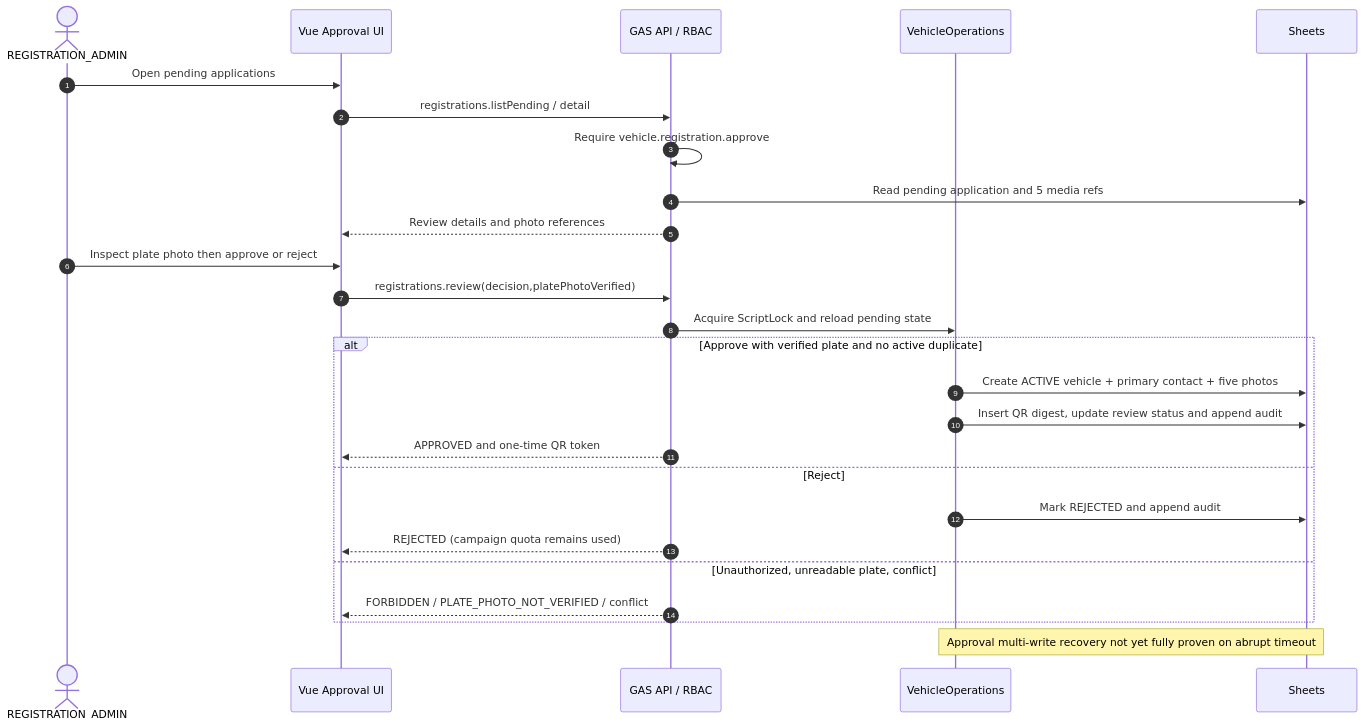
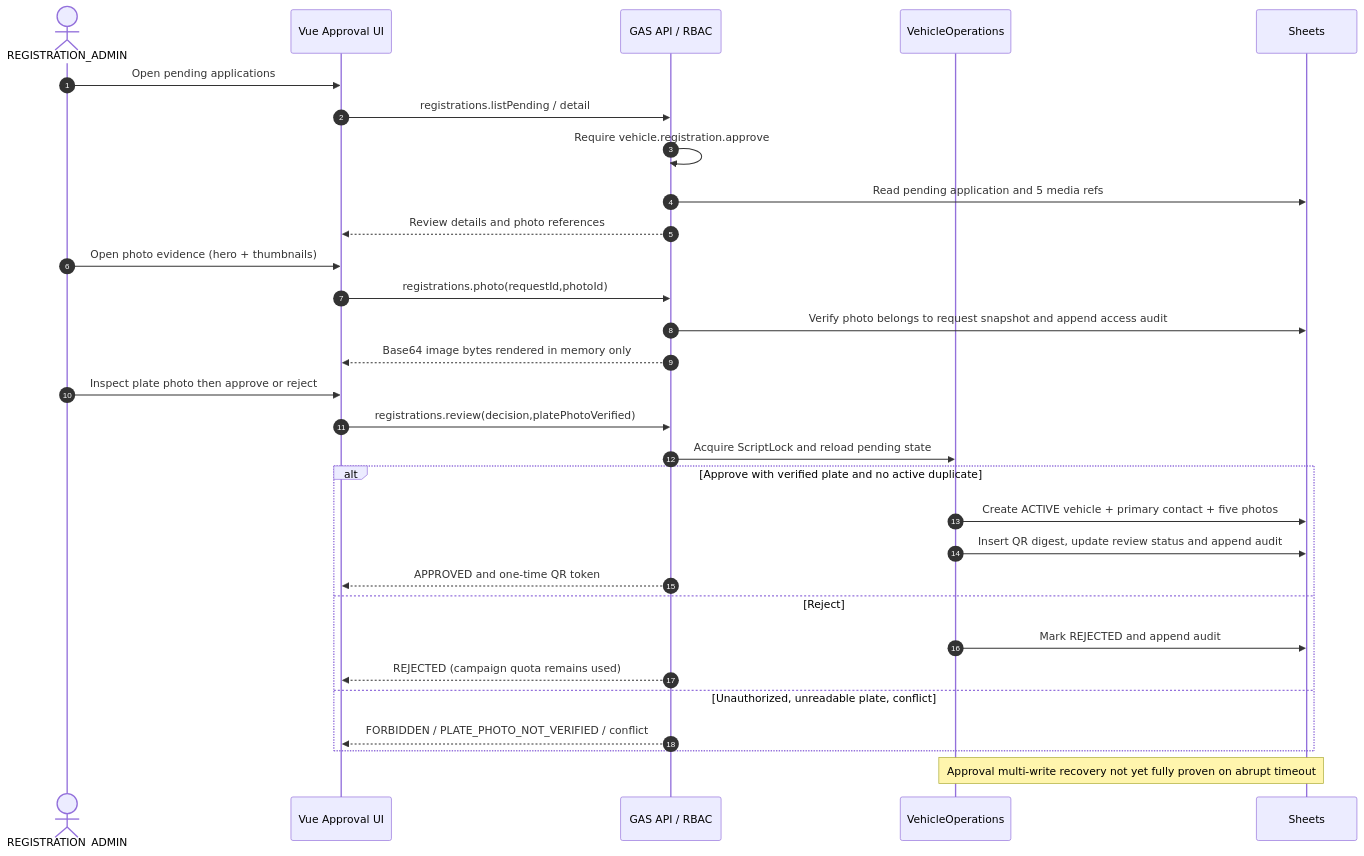
The diagram in apps/vehicle-contact/docs/use-cases/UC-REG-02/sequence.mmd (idev006/MT-Agency-Super-App-Framework), drawn with Mermaid before and after one commit. The commit also changed 34 other files, not shown here.

First line of the commit message:
feat(p6vc): reviewer photo gallery via gated registrations.photo (0.8.0)

```diff
--- a/apps/vehicle-contact/docs/use-cases/UC-REG-02/sequence.mmd
+++ b/apps/vehicle-contact/docs/use-cases/UC-REG-02/sequence.mmd
@@ -1,26 +1,30 @@
 sequenceDiagram
   autonumber
   actor Admin as REGISTRATION_ADMIN
   participant FE as Vue Approval UI
   participant API as GAS API / RBAC
   participant Review as VehicleOperations
   participant DB as Sheets
   Admin->>FE: Open pending applications
   FE->>API: registrations.listPending / detail
   API->>API: Require vehicle.registration.approve
   API->>DB: Read pending application and 5 media refs
   API-->>FE: Review details and photo references
+  Admin->>FE: Open photo evidence (hero + thumbnails)
+  FE->>API: registrations.photo(requestId,photoId)
+  API->>DB: Verify photo belongs to request snapshot and append access audit
+  API-->>FE: Base64 image bytes rendered in memory only
   Admin->>FE: Inspect plate photo then approve or reject
   FE->>API: registrations.review(decision,platePhotoVerified)
   API->>Review: Acquire ScriptLock and reload pending state
   alt Approve with verified plate and no active duplicate
     Review->>DB: Create ACTIVE vehicle + primary contact + five photos
     Review->>DB: Insert QR digest, update review status and append audit
     API-->>FE: APPROVED and one-time QR token
   else Reject
     Review->>DB: Mark REJECTED and append audit
     API-->>FE: REJECTED (campaign quota remains used)
   else Unauthorized, unreadable plate, conflict
     API-->>FE: FORBIDDEN / PLATE_PHOTO_NOT_VERIFIED / conflict
   end
   Note over Review,DB: Approval multi-write recovery not yet fully proven on abrupt timeout
```
